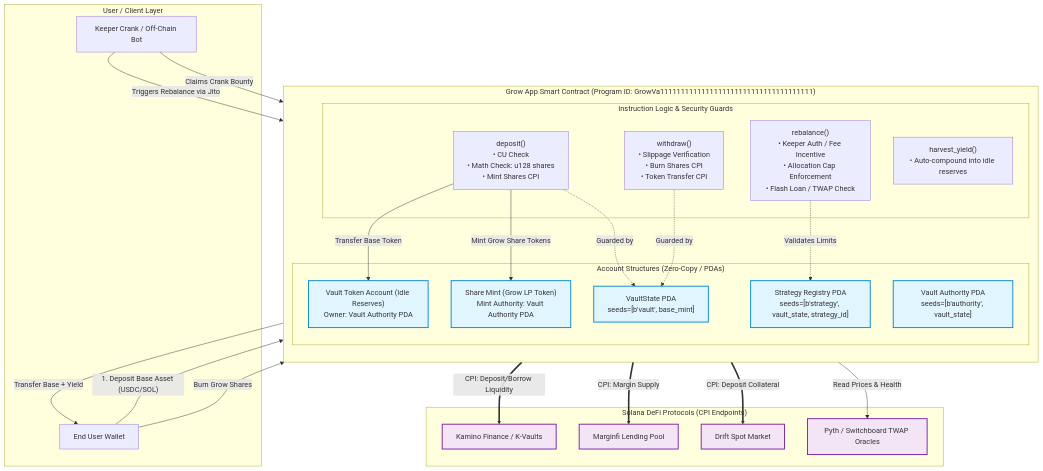
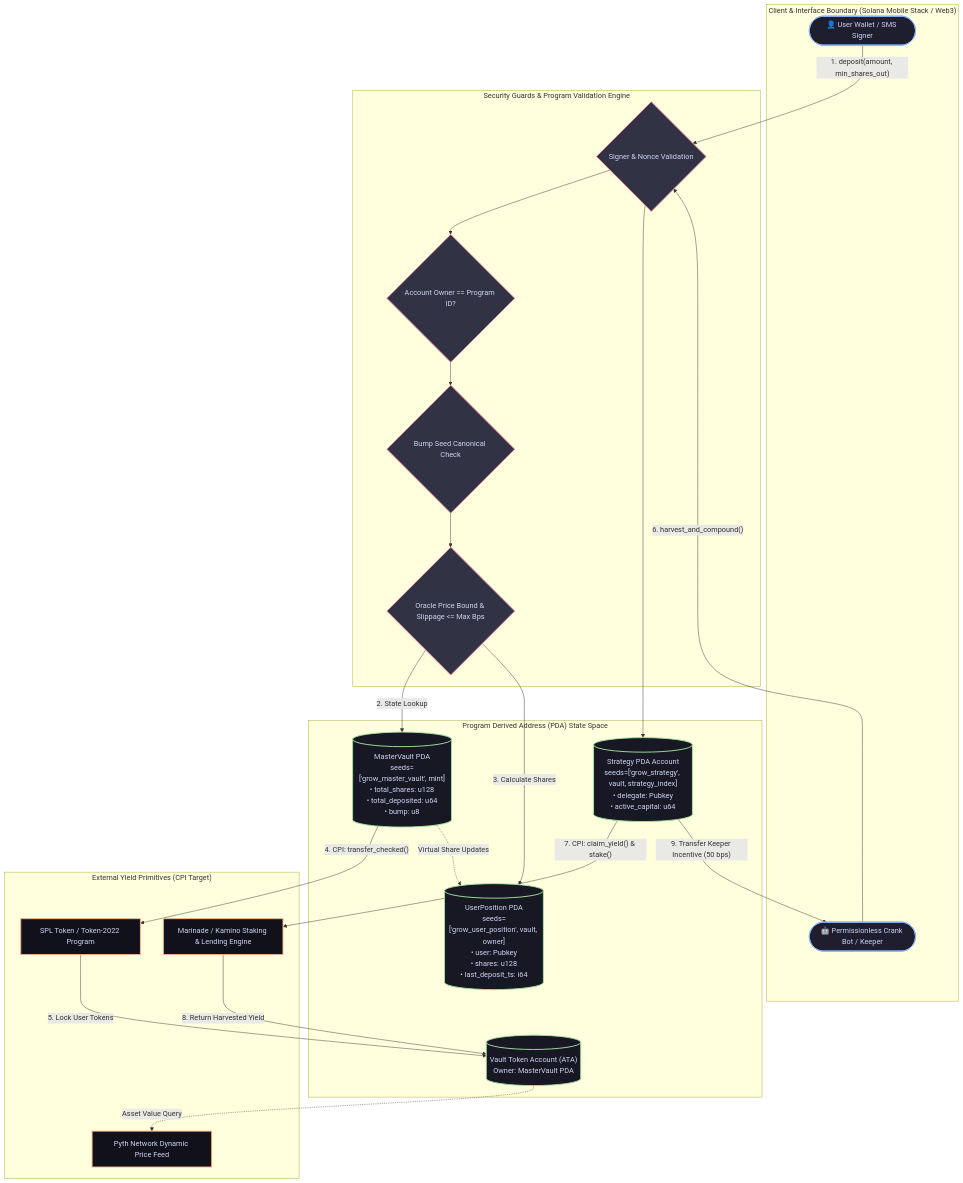
One commit to wiliancolomboo-tech/web3-x-post-about-grow-app-bbd0a6 changed the diagram in README.md. Above: the diagram before and after it, drawn with Mermaid. The commit also changed other lines of this file and 174 other files, not shown here.

`````diff
--- a/README.md
+++ b/README.md
@@ -129,62 +88,59 @@
 ````mermaid
 flowchart TD
-    subgraph UserSpace["User / Client Layer"]
-        U["End User Wallet"]
-        K["Keeper Crank / Off-Chain Bot"]
+    subgraph ClientLayer ["Client & Interface Boundary (Solana Mobile Stack / Web3)"]
+        User(["👤 User Wallet / SMS Signer"])
+        Keeper(["🤖 Permissionless Crank Bot / Keeper"])
     end
 
-    subgraph GrowProgram["Grow App Smart Contract (Program ID: GrowVa1111111111111111111111111111111111111)"]
-        direction TB
-        subgraph Accounts["Account Structures (Zero-Copy / PDAs)"]
-            VS["VaultState PDA<br/>seeds=[b'vault', base_mint]"]
-            VA["Vault Authority PDA<br/>seeds=[b'authority', vault_state]"]
-            TK["Vault Token Account (Idle Reserves)<br/>Owner: Vault Authority PDA"]
-            SHM["Share Mint (Grow LP Token)<br/>Mint Authority: Vault Authority PDA"]
-            STRAT["Strategy Registry PDA<br/>seeds=[b'strategy', vault_state, strategy_id]"]
-        end
-
-        subgraph Logic["Instruction Logic & Security Guards"]
-        DEP["deposit()<br/>• CU Check<br/>• Math Check: u128 shares<br/>• Mint Shares CPI"]
-        WITH["withdraw()<br/>• Slippage Verification<br/>• Burn Shares CPI<br/>• Token Transfer CPI"]
-        REB["rebalance()<br/>• Keeper Auth / Fee Incentive<br/>• Allocation Cap Enforcement<br/>• Flash Loan / TWAP Check"]
-        HARV["harvest_yield()<br/>• Auto-compound into idle reserves"]
-        end
+    subgraph SecurityBoundary ["Security Guards & Program Validation Engine"]
+        SignerCheck{"Signer & Nonce Validation"}
+        OwnerCheck{"Account Owner == Program ID?"}
+        CanonicalBump{"Bump Seed Canonical Check"}
+        SlippageGuard{"Oracle Price Bound & Slippage <= Max Bps"}
     end
 
-    subgraph ExternalDeFi["Solana DeFi Protocols (CPI Endpoints)"]
-        KAM["Kamino Finance / K-Vaults"]
-        MARG["Marginfi Lending Pool"]
-        DRIFT["Drift Spot Market"]
-        ORACLE["Pyth / Switchboard TWAP Oracles"]
+    subgraph PDA_Layer ["Program Derived Address (PDA) State Space"]
+        MasterVault[("MasterVault PDA<br/>seeds=['grow_master_vault', mint]<br/>• total_shares: u128<br/>• total_deposited: u64<br/>• bump: u8")]
+        UserPosition[("UserPosition PDA<br/>seeds=['grow_user_position', vault, owner]<br/>• user: Pubkey<br/>• shares: u128<br/>• last_deposit_ts: i64")]
+        StrategyVault[("Strategy PDA Account<br/>seeds=['grow_strategy', vault, strategy_index]<br/>• delegate: Pubkey<br/>• active_capital: u64")]
+        VaultTokenAccount[("Vault Token Account (ATA)<br/>Owner: MasterVault PDA")]
     end
 
-    %% User Interactions
-    U -->|"1. Deposit Base Asset (USDC/SOL)"| DEP
-    DEP -->|"Transfer Base Token"| TK
-    DEP -->|"Mint Grow Share Tokens"| SHM
-    U -->|"Burn Grow Shares"| WITH
-    WITH -->|"Transfer Base + Yield"| U
+    subgraph ExternalProtocols ["External Yield Primitives (CPI Target)"]
+        SPLTokenProg["SPL Token / Token-2022 Program"]
+        MarinadeProgram["Marinade / Kamino Staking & Lending Engine"]
+        PythOracle["Pyth Network Dynamic Price Feed"]
+    end
 
-    %% Keeper Interactions
-    K -->|"Triggers Rebalance via Jito"| REB
-    K -->|"Claims Crank Bounty"| HARV
+    %% User Deposit Path
+    User -->|"1. deposit(amount, min_shares_out)"| SignerCheck
+    SignerCheck --> OwnerCheck
+    OwnerCheck --> CanonicalBump
+    CanonicalBump --> SlippageGuard
+    SlippageGuard -->|"2. State Lookup"| MasterVault
+    SlippageGuard -->|"3. Calculate Shares"| UserPosition
+    
+    MasterVault -->|"4. CPI: transfer_checked()"| SPLTokenProg
+    SPLTokenProg -->|"5. Lock User Tokens"| VaultTokenAccount
 
-    %% Program Flow & Guardrails
-    REB -->|"Read Prices & Health"| ORACLE
-    DEP -.->|"Guarded by"| VS
-    WITH -.->|"Guarded by"| VS
-    REB -.->|"Validates Limits"| STRAT
+    %% Yield Compounding & Keeper Crank Path
+    Keeper -->|"6. harvest_and_compound()"| SignerCheck
+    SignerCheck --> StrategyVault
+    StrategyVault -->|"7. CPI: claim_yield() & stake()"| MarinadeProgram
+    MarinadeProgram -->|"8. Return Harvested Yield"| VaultTokenAccount
+    StrategyVault -->|"9. Transfer Keeper Incentive (50 bps)"| Keeper
 
-    %% CPIs to External Protocols via Vault Authority PDA
-    VA ==>|"CPI: Deposit/Borrow Liquidity"| KAM
-    VA ==>|"CPI: Margin Supply"| MARG
-    VA ==>|"CPI: Deposit Collateral"| DRIFT
+    %% State Assertions
+    VaultTokenAccount -.->|"Asset Value Query"| PythOracle
+    MasterVault -.->|"Virtual Share Updates"| UserPosition
 
-    %% Security Annotations
-    classDef security fill:#ffefef,stroke:#ff0000,stroke-width:2px;
-    classDef pda fill:#e1f5fe,stroke:#0288d1,stroke-width:2px;
-    classDef external fill:#f3e5f5,stroke:#7b1fa2,stroke-width:2px;
-    
-    class VS,VA,TK,SHM,STRAT pda;
-    class KAM,MARG,DRIFT,ORACLE external;
+    classDef primary fill:#1e1e2e,stroke:#89b4fa,stroke-width:2px,color:#cdd6f4;
+    classDef security fill:#313244,stroke:#f38ba8,stroke-width:2px,color:#cdd6f4;
+    classDef pda fill:#181825,stroke:#a6e3a1,stroke-width:2px,color:#cdd6f4;
+    classDef cpi fill:#11111b,stroke:#fab387,stroke-width:2px,color:#cdd6f4;
+
+    class User,Keeper primary;
+    class SignerCheck,OwnerCheck,CanonicalBump,SlippageGuard security;
+    class MasterVault,UserPosition,StrategyVault,VaultTokenAccount pda;
+    class SPLTokenProg,MarinadeProgram,PythOracle cpi;
 ````
`````
